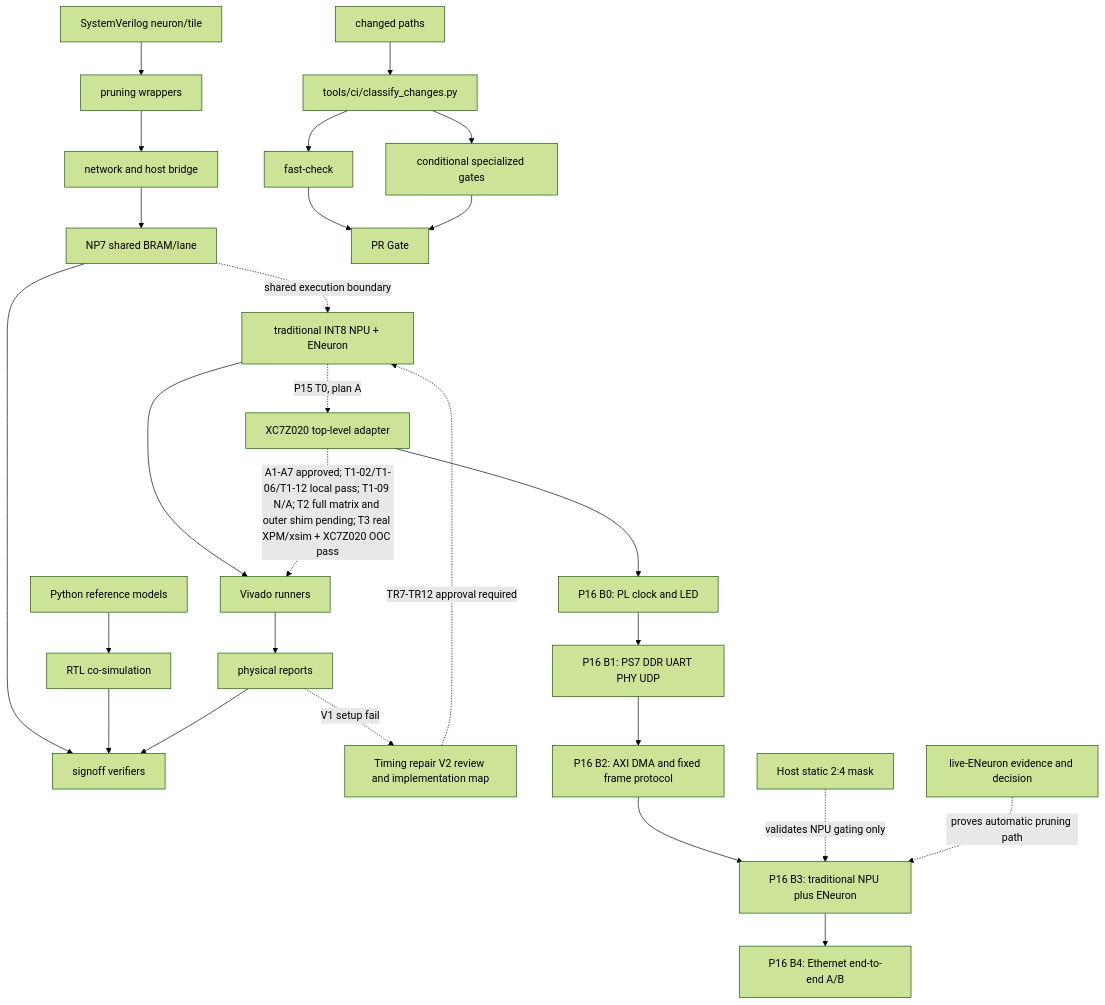
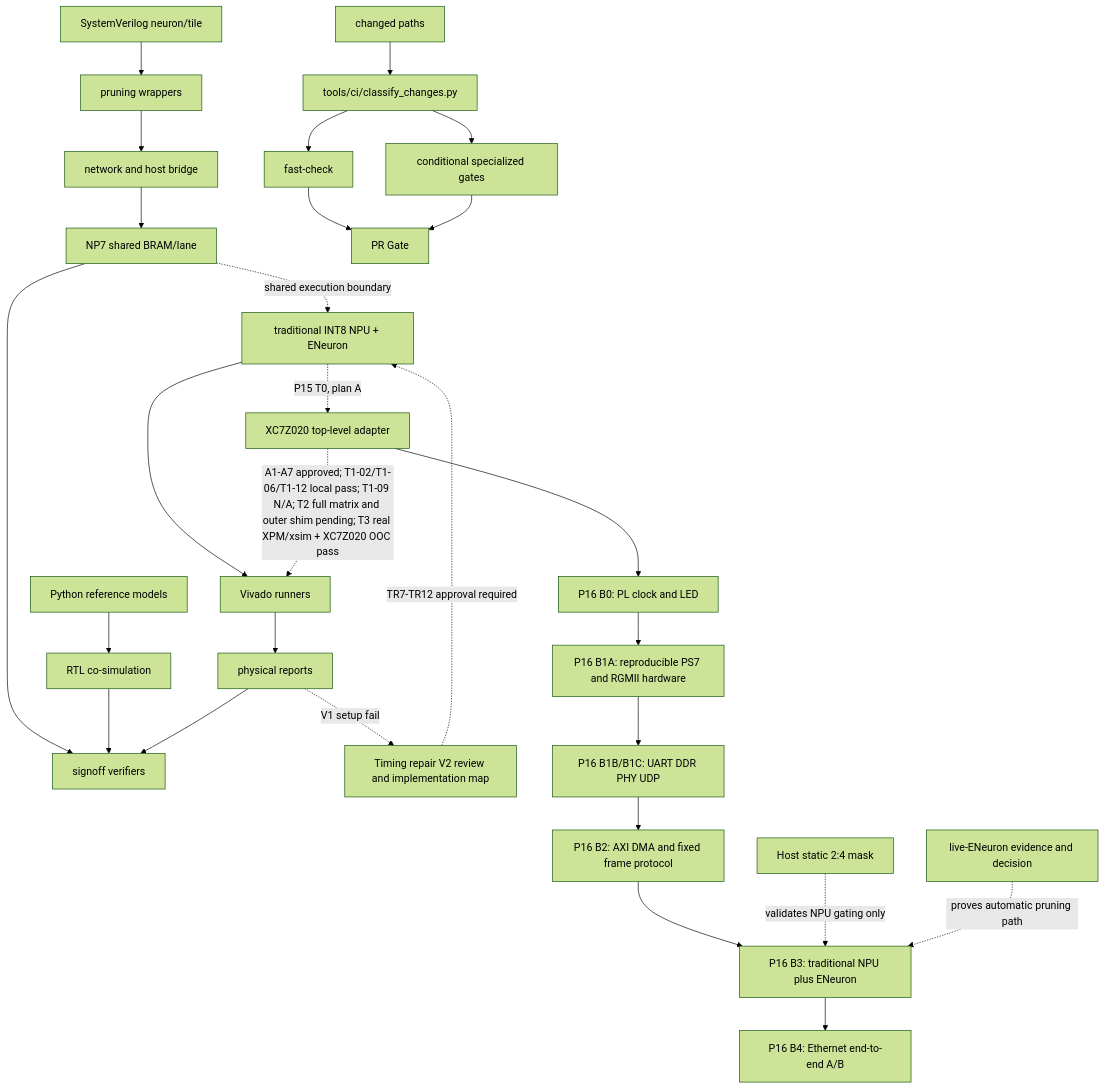
The diagram in .nexus-map/arch/dependencies.md (Epslion404/ENeuron), drawn with Mermaid (forest theme) before and after one commit. The commit also changed other lines of this file and 16 other files, not shown here.

````diff
--- a/.nexus-map/arch/dependencies.md
+++ b/.nexus-map/arch/dependencies.md
@@ -9,29 +11,30 @@
 ```mermaid
 graph TD
   ref[Python reference models] --> cosim[RTL co-simulation]
   rtl[SystemVerilog neuron/tile] --> wrap[pruning wrappers]
   wrap --> net[network and host bridge]
   net --> np7[NP7 shared BRAM/lane]
   np7 --> verify[signoff verifiers]
   cosim --> verify[signoff verifiers]
   vivado[Vivado runners] --> reports[physical reports]
   reports --> verify
   reports -. V1 setup fail .-> timing[Timing repair V2 review and implementation map]
   timing -. TR7-TR12 approval required .-> npu
   np7 -. shared execution boundary .-> npu[traditional INT8 NPU + ENeuron]
   npu --> vivado
   npu -. P15 T0, plan A .-> p15[XC7Z020 top-level adapter]
   p15 -. A1-A7 approved; T1-02/T1-06/T1-12 local pass; T1-09 N/A; T2 full matrix and outer shim pending; T3 real XPM/xsim + XC7Z020 OOC pass .-> vivado
   p15 --> b0[P16 B0: PL clock and LED]
-  b0 --> b1[P16 B1: PS7 DDR UART PHY UDP]
+  b0 --> b1a[P16 B1A: reproducible PS7 and RGMII hardware]
+  b1a --> b1[P16 B1B/B1C: UART DDR PHY UDP]
   b1 --> b2[P16 B2: AXI DMA and fixed frame protocol]
   b2 --> b3[P16 B3: traditional NPU plus ENeuron]
   b3 --> b4[P16 B4: Ethernet end-to-end A/B]
   hostmask[Host static 2:4 mask] -. validates NPU gating only .-> b3
   live[live-ENeuron evidence and decision] -. proves automatic pruning path .-> b3
   changes[changed paths] --> classify[tools/ci/classify_changes.py]
   classify --> fast[fast-check]
   classify --> specialized[conditional specialized gates]
   fast --> gate[PR Gate]
   specialized --> gate
 ```
````
